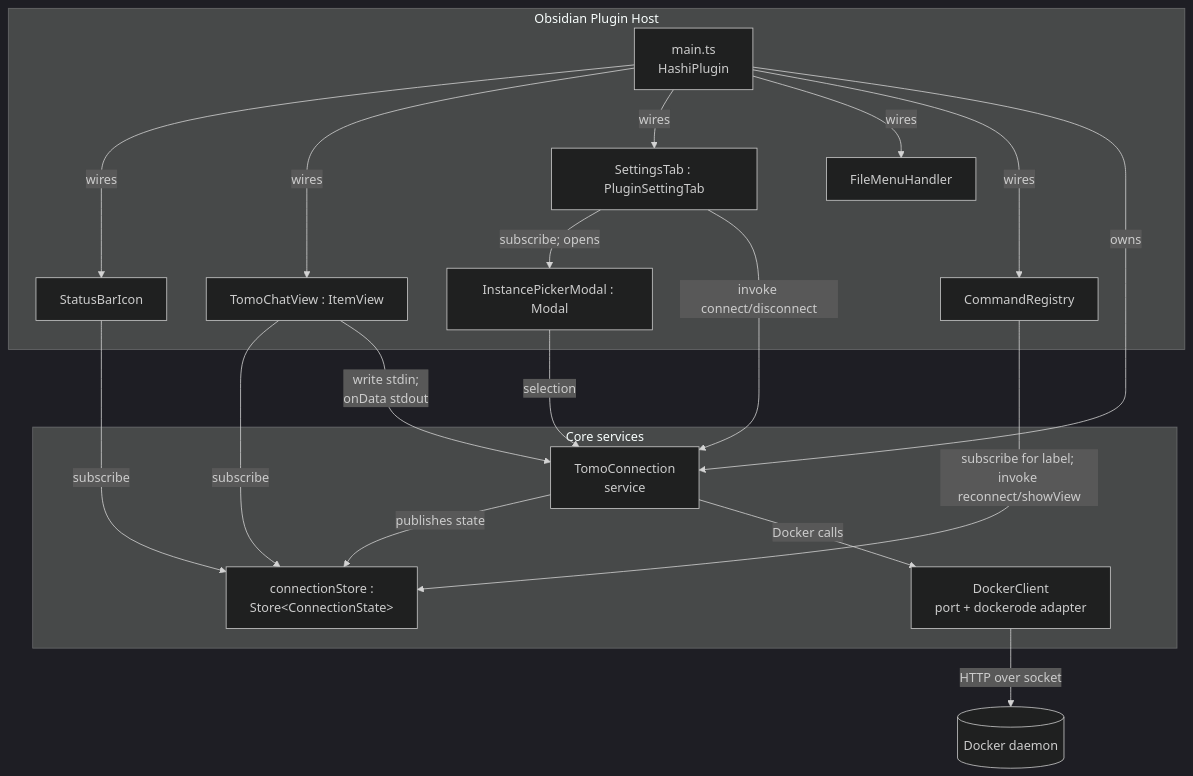
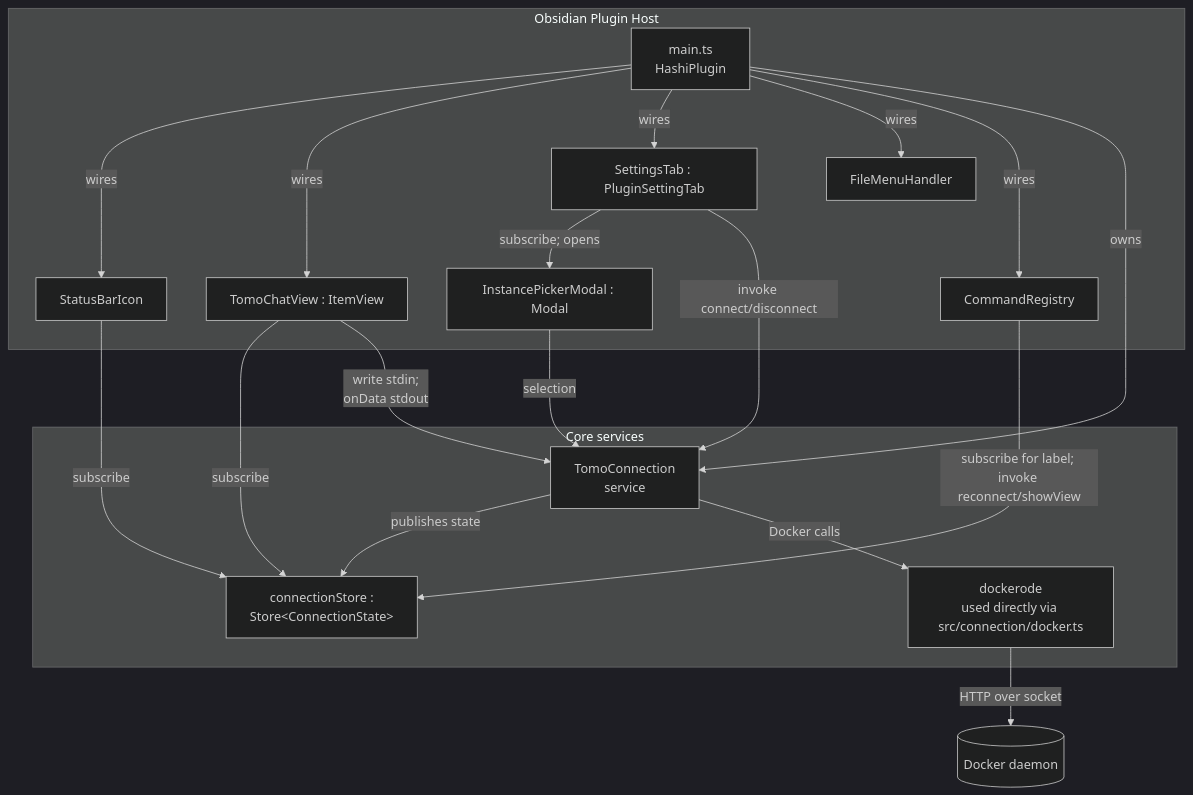
The second of 7 diagrams in docs/XDD/specs/001-session-view/solution.md (MMoMM-org/miyo-tomo-hashi), drawn with Mermaid (dark theme) before and after one commit. The commit also changed other lines of this file and 19 other files, not shown here.

````diff
--- a/docs/XDD/specs/001-session-view/solution.md
+++ b/docs/XDD/specs/001-session-view/solution.md
@@ -304,38 +245,38 @@
 ```mermaid
 graph TB
     subgraph Obsidian[Obsidian Plugin Host]
         Main[main.ts<br/>HashiPlugin]
         StatusBar[StatusBarIcon]
         ChatView[TomoChatView : ItemView]
         SettingsUI[SettingsTab : PluginSettingTab]
         Picker[InstancePickerModal : Modal]
         FileMenu[FileMenuHandler]
         Commands[CommandRegistry]
     end
 
     subgraph Core[Core services]
         Store["connectionStore :<br/>Store&lt;ConnectionState&gt;"]
         Service[TomoConnection<br/>service]
-        Client[DockerClient<br/>port + dockerode adapter]
+        Client[dockerode<br/>used directly via src/connection/docker.ts]
     end
 
     Main -->|wires| StatusBar
     Main -->|wires| ChatView
     Main -->|wires| SettingsUI
     Main -->|wires| FileMenu
     Main -->|wires| Commands
     Main -->|owns| Service
 
     StatusBar -->|subscribe| Store
     ChatView -->|subscribe| Store
     SettingsUI -->|subscribe; opens| Picker
     SettingsUI -->|invoke connect/disconnect| Service
     Picker -->|selection| Service
     Commands -->|subscribe for label; invoke reconnect/showView| Store
 
     Service -->|publishes state| Store
     Service -->|Docker calls| Client
     Client -->|HTTP over socket| Docker[(Docker daemon)]
 
     ChatView -->|write stdin;<br/>onData stdout| Service
 ```
````
